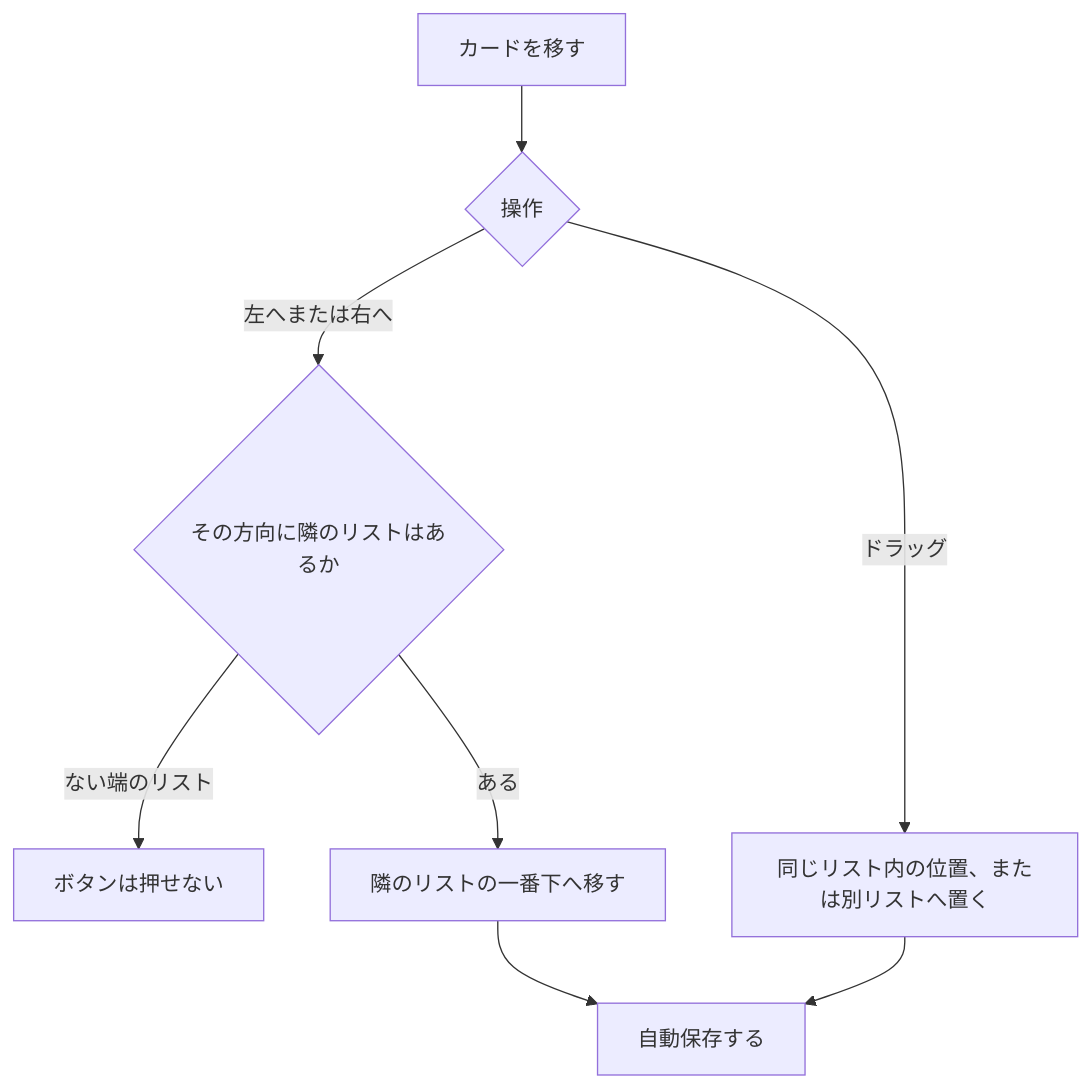
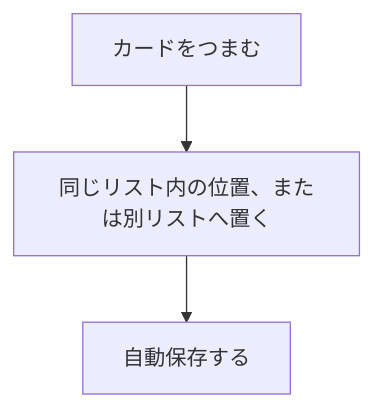
The fifth of 10 diagrams in ドキュメント/要件定義書.md (pfgnsb/kadai-kanri-board), drawn with Mermaid before and after one commit. The commit also changed other lines of this file and 21 other files, not shown here.

````diff
--- a/ドキュメント/要件定義書.md
+++ b/ドキュメント/要件定義書.md
@@ -190,10 +190,5 @@
 ```mermaid
 flowchart TD
-  a[カードを移す] --> b{操作}
-  b -->|左へまたは右へ| c{その方向に隣のリストはあるか}
-  c -->|ない端のリスト| d[ボタンは押せない]
-  c -->|ある| e[隣のリストの一番下へ移す]
-  b -->|ドラッグ| f[同じリスト内の位置、または別リストへ置く]
-  e --> g[自動保存する]
-  f --> g
+  a[カードをつまむ] --> b[同じリスト内の位置、または別リストへ置く]
+  b --> c[自動保存する]
 ```
````
